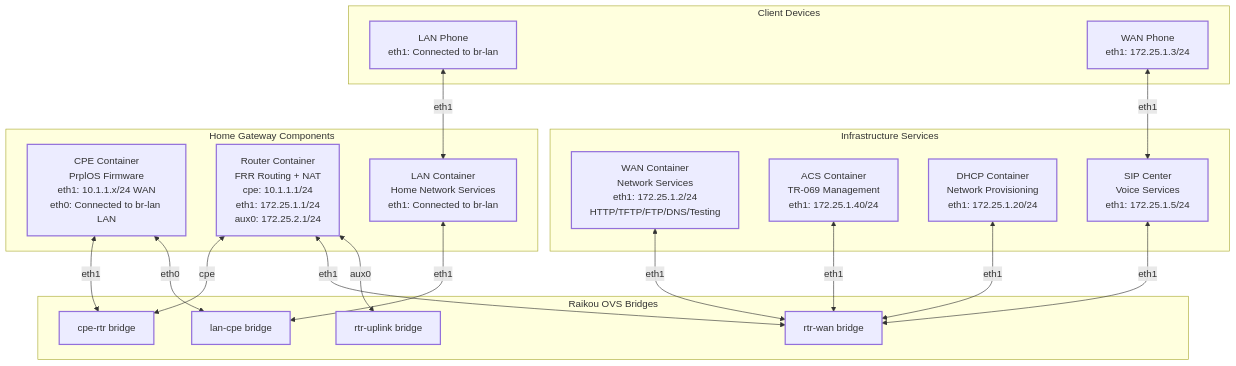
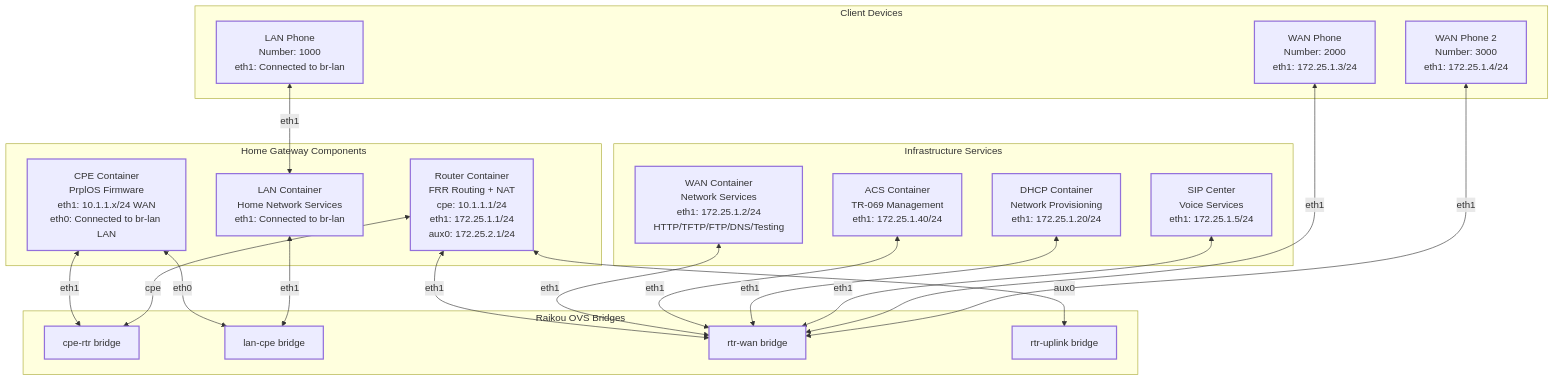
Before and after one commit to alottabits/boardfarm-bdd: the second of 2 diagrams in docs/Testbed Network Topology.md, drawn with Mermaid. The commit also changed other lines of this file and 8 other files, not shown here.

Commit message:
adding extra wan phone to the testbed, updating network topology documentation to align, create basic call requirement usecase and bdd scenarios with step_defs

````diff
--- a/docs/Testbed Network Topology.md
+++ b/docs/Testbed Network Topology.md
@@ -76,55 +79,57 @@
 ```mermaid
 graph TB
     subgraph "Raikou OVS Bridges"
         BRIDGE_CPE_RTR[cpe-rtr bridge]
         BRIDGE_LAN_CPE[lan-cpe bridge]
         BRIDGE_RTR_WAN[rtr-wan bridge]
         BRIDGE_RTR_UPLINK[rtr-uplink bridge]
     end
     
     subgraph "Home Gateway Components"
         CPE[CPE Container<br/>PrplOS Firmware<br/>eth1: 10.1.1.x/24 WAN<br/>eth0: Connected to br-lan LAN]
         ROUTER[Router Container<br/>FRR Routing + NAT<br/>cpe: 10.1.1.1/24<br/>eth1: 172.25.1.1/24<br/>aux0: 172.25.2.1/24]
         LAN[LAN Container<br/>Home Network Services<br/>eth1: Connected to br-lan]
     end
     
     subgraph "Infrastructure Services"
         WAN[WAN Container<br/>Network Services<br/>eth1: 172.25.1.2/24<br/>HTTP/TFTP/FTP/DNS/Testing]
         ACS[ACS Container<br/>TR-069 Management<br/>eth1: 172.25.1.40/24]
         DHCP[DHCP Container<br/>Network Provisioning<br/>eth1: 172.25.1.20/24]
         SIP[SIP Center<br/>Voice Services<br/>eth1: 172.25.1.5/24]
     end
     
     subgraph "Client Devices"
-        LAN_PHONE[LAN Phone<br/>eth1: Connected to br-lan]
-        WAN_PHONE[WAN Phone<br/>eth1: 172.25.1.3/24]
+        LAN_PHONE[LAN Phone<br/>Number: 1000<br/>eth1: Connected to br-lan]
+        WAN_PHONE[WAN Phone<br/>Number: 2000<br/>eth1: 172.25.1.3/24]
+        WAN_PHONE2[WAN Phone 2<br/>Number: 3000<br/>eth1: 172.25.1.4/24]
     end
     
     %% Raikou Bridge Connections
     CPE <-->|eth1| BRIDGE_CPE_RTR
     ROUTER <-->|cpe| BRIDGE_CPE_RTR
     
     CPE <-->|eth0| BRIDGE_LAN_CPE
     LAN <-->|eth1| BRIDGE_LAN_CPE
     LAN_PHONE <-->|eth1| LAN
     
     ROUTER <-->|eth1| BRIDGE_RTR_WAN
     WAN <-->|eth1| BRIDGE_RTR_WAN
     ACS <-->|eth1| BRIDGE_RTR_WAN
     DHCP <-->|eth1| BRIDGE_RTR_WAN
     SIP <-->|eth1| BRIDGE_RTR_WAN
-    WAN_PHONE <-->|eth1| SIP
+    WAN_PHONE <-->|eth1| BRIDGE_RTR_WAN
+    WAN_PHONE2 <-->|eth1| BRIDGE_RTR_WAN
     
     ROUTER <-->|aux0| BRIDGE_RTR_UPLINK
     
     %% Styling - Using default theme for automatic light/dark mode support
     classDef gateway stroke-width:2px
     classDef infrastructure stroke-width:2px
     classDef client stroke-width:2px
     classDef bridge stroke-width:2px
     
     class CPE,ROUTER,LAN gateway
     class WAN,ACS,DHCP,SIP infrastructure
-    class LAN_PHONE,WAN_PHONE client
+    class LAN_PHONE,WAN_PHONE,WAN_PHONE2 client
     class BRIDGE_CPE_RTR,BRIDGE_LAN_CPE,BRIDGE_RTR_WAN,BRIDGE_RTR_UPLINK bridge
 ```
````
